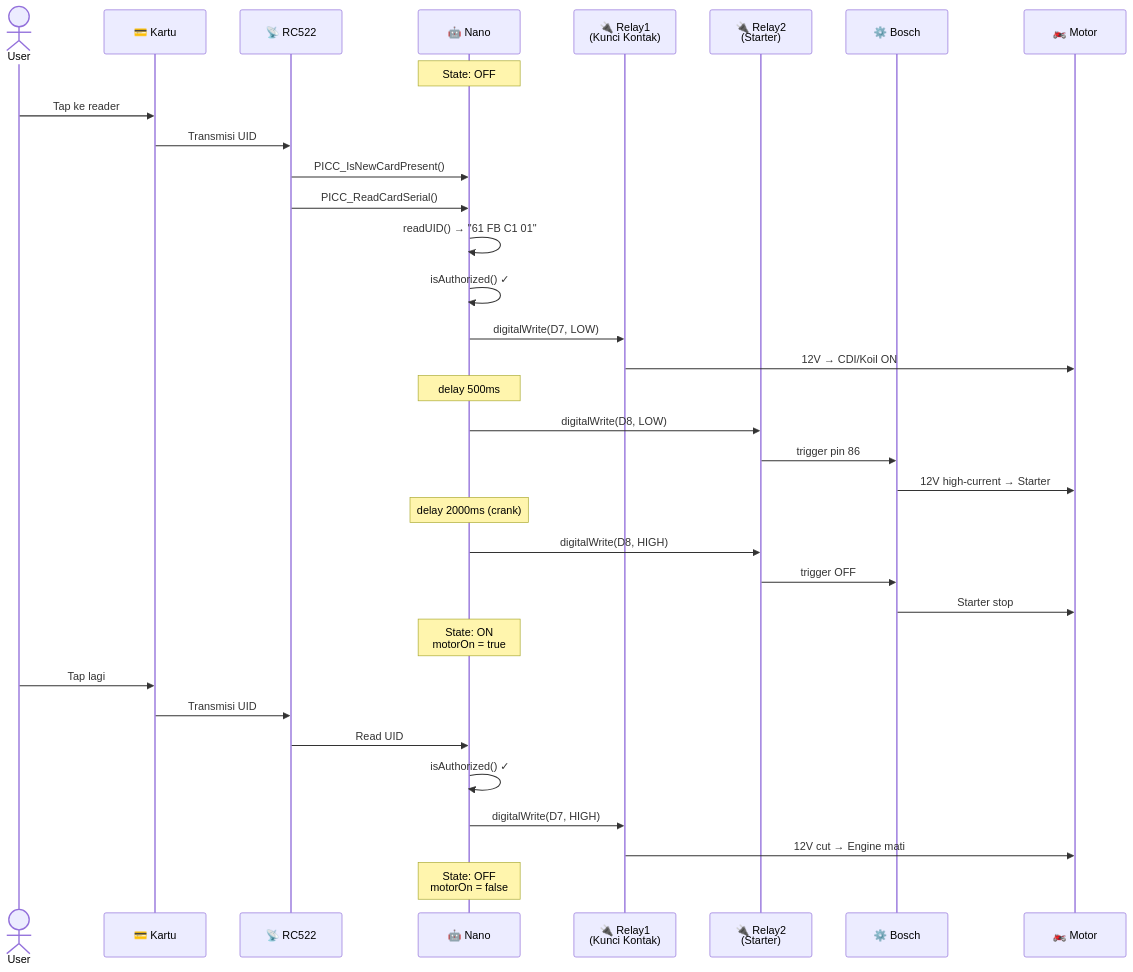
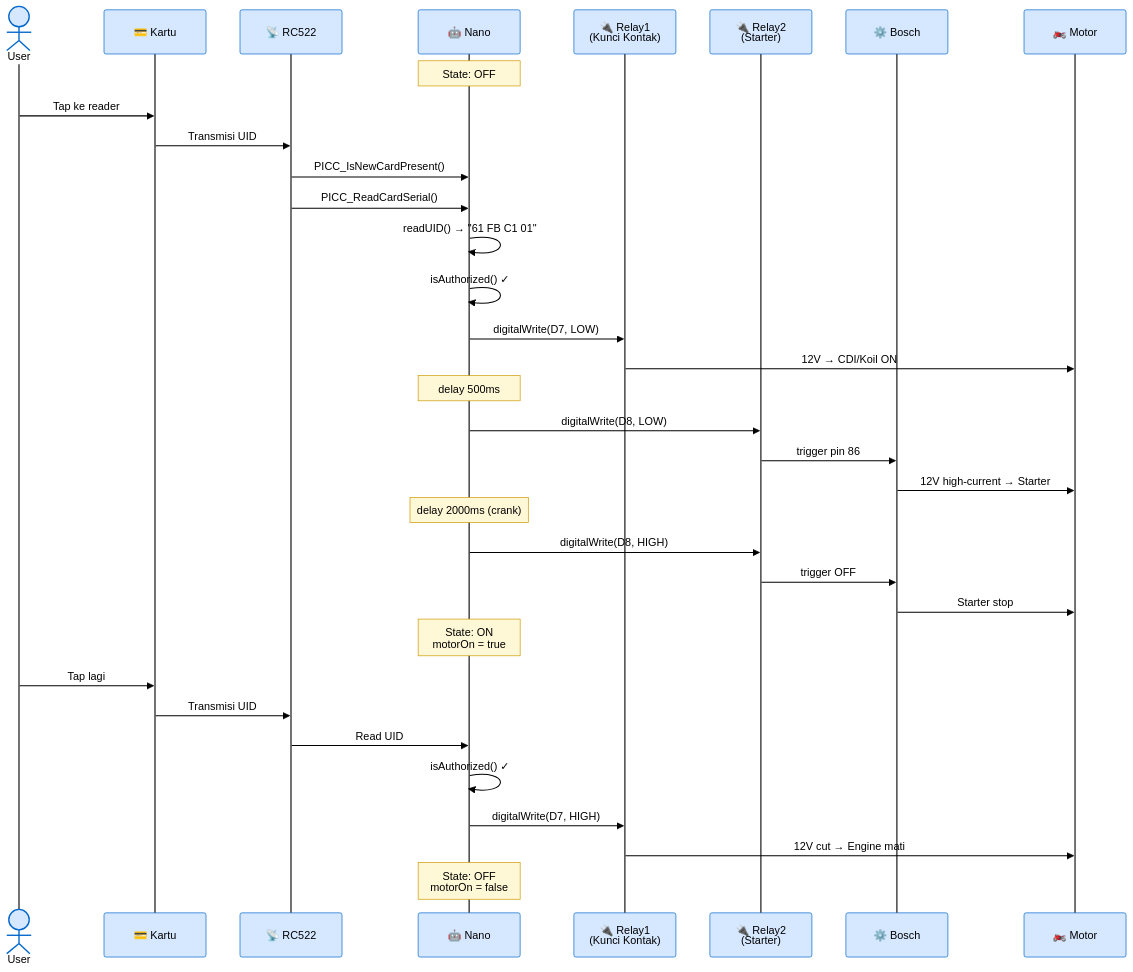
One commit to umarovk/SIKAMOT changed the ninth of 10 diagrams in motor_starter/DIAGRAM_MERMAID.md. Above: the diagram before and after it, drawn with Mermaid. The commit also changed other lines of this file, not shown here.

First line of the commit message:
style(diagram): force readable text on GitHub dark mode

````diff
--- a/motor_starter/DIAGRAM_MERMAID.md
+++ b/motor_starter/DIAGRAM_MERMAID.md
@@ -425,44 +450,45 @@
 ```mermaid
+%%{init: {'theme':'base', 'themeVariables': {'primaryColor':'#ffffff','primaryTextColor':'#000000','primaryBorderColor':'#333333','lineColor':'#555555','actorBkg':'#d6e8ff','actorBorder':'#0066cc','actorTextColor':'#000000','actorLineColor':'#333333','signalColor':'#000000','signalTextColor':'#000000','labelBoxBkgColor':'#fff8d6','labelBoxBorderColor':'#cc9900','labelTextColor':'#000000','noteBkgColor':'#fff8d6','noteTextColor':'#000000','noteBorderColor':'#cc9900','fontSize':'14px'}}}%%
 sequenceDiagram
     actor User
     participant Card as 💳 Kartu
     participant RFID as 📡 RC522
     participant Nano as 🤖 Nano
     participant R1 as 🔌 Relay1<br/>(Kunci Kontak)
     participant R2 as 🔌 Relay2<br/>(Starter)
     participant Bosch as ⚙️ Bosch
     participant Motor as 🏍️ Motor
 
     Note over Nano: State: OFF
 
     User->>Card: Tap ke reader
     Card->>RFID: Transmisi UID
     RFID->>Nano: PICC_IsNewCardPresent()
     RFID->>Nano: PICC_ReadCardSerial()
     Nano->>Nano: readUID() → "61 FB C1 01"
     Nano->>Nano: isAuthorized() ✓
 
     Nano->>R1: digitalWrite(D7, LOW)
     R1->>Motor: 12V → CDI/Koil ON
     Note over Nano: delay 500ms
 
     Nano->>R2: digitalWrite(D8, LOW)
     R2->>Bosch: trigger pin 86
     Bosch->>Motor: 12V high-current → Starter
     Note over Nano: delay 2000ms (crank)
 
     Nano->>R2: digitalWrite(D8, HIGH)
     R2->>Bosch: trigger OFF
     Bosch->>Motor: Starter stop
 
     Note over Nano: State: ON<br/>motorOn = true
 
     User->>Card: Tap lagi
     Card->>RFID: Transmisi UID
     RFID->>Nano: Read UID
     Nano->>Nano: isAuthorized() ✓
     Nano->>R1: digitalWrite(D7, HIGH)
     R1->>Motor: 12V cut → Engine mati
 
     Note over Nano: State: OFF<br/>motorOn = false
 ```
````
